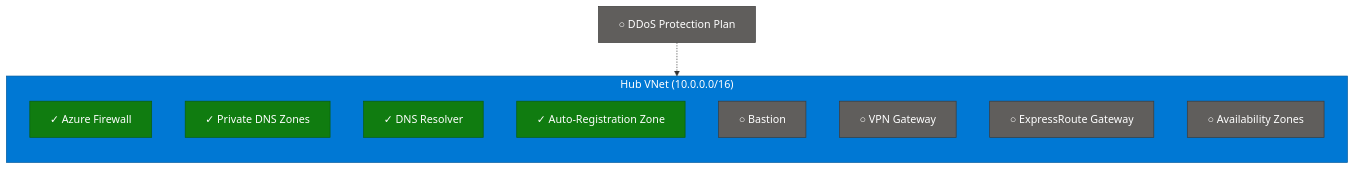
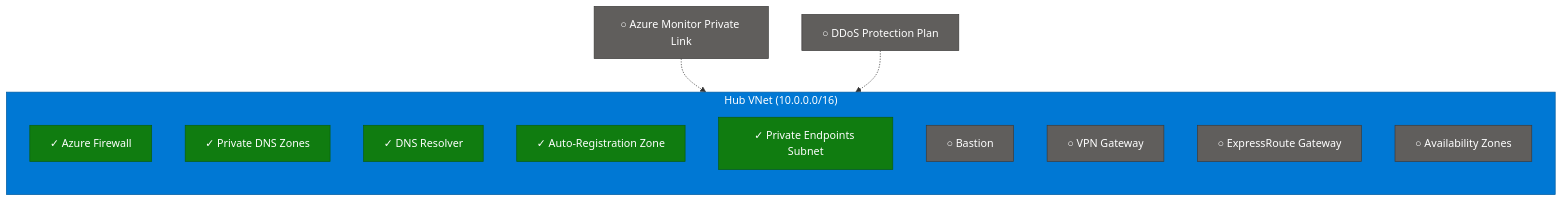
Before and after one commit to Ensono/stacks-azure-platform-landing-zone: the diagram in templates/connectivity_landing_zone_hub_spoke/deploy/terraform/examples/single_region/README.md, drawn with Mermaid. The commit also changed other lines of this file and 37 other files, not shown here.

First line of the commit message:
feat: Add support for Ensono tags and validation for Azure Monitor Private Link Scope

````diff
--- a/templates/connectivity_landing_zone_hub_spoke/deploy/terraform/examples/single_region/README.md
+++ b/templates/connectivity_landing_zone_hub_spoke/deploy/terraform/examples/single_region/README.md
@@ -10,28 +10,33 @@
 ```mermaid
 flowchart TB
     subgraph hub["Hub VNet (10.0.0.0/16)"]
         direction TB
         fw["✓ Azure Firewall"]
         dns["✓ Private DNS Zones"]
         resolver["✓ DNS Resolver"]
         autoreg["✓ Auto-Registration Zone"]
+        pe["✓ Private Endpoints Subnet"]
         bastion["○ Bastion"]
         vpn["○ VPN Gateway"]
         er["○ ExpressRoute Gateway"]
         zones["○ Availability Zones"]
     end
 
+    ampls["○ Azure Monitor Private Link"]
     ddos["○ DDoS Protection Plan"]
+    ampls -.-> hub
     ddos -.-> hub
 
     style hub fill:#0078D4,stroke:#005A9E,color:#fff
     style fw fill:#107C10,stroke:#0B5C0B,color:#fff
     style dns fill:#107C10,stroke:#0B5C0B,color:#fff
     style resolver fill:#107C10,stroke:#0B5C0B,color:#fff
     style autoreg fill:#107C10,stroke:#0B5C0B,color:#fff
+    style pe fill:#107C10,stroke:#0B5C0B,color:#fff
     style bastion fill:#605E5C,stroke:#3B3A39,color:#fff
     style vpn fill:#605E5C,stroke:#3B3A39,color:#fff
     style er fill:#605E5C,stroke:#3B3A39,color:#fff
     style zones fill:#605E5C,stroke:#3B3A39,color:#fff
+    style ampls fill:#605E5C,stroke:#3B3A39,color:#fff
     style ddos fill:#605E5C,stroke:#3B3A39,color:#fff
 ```
````
